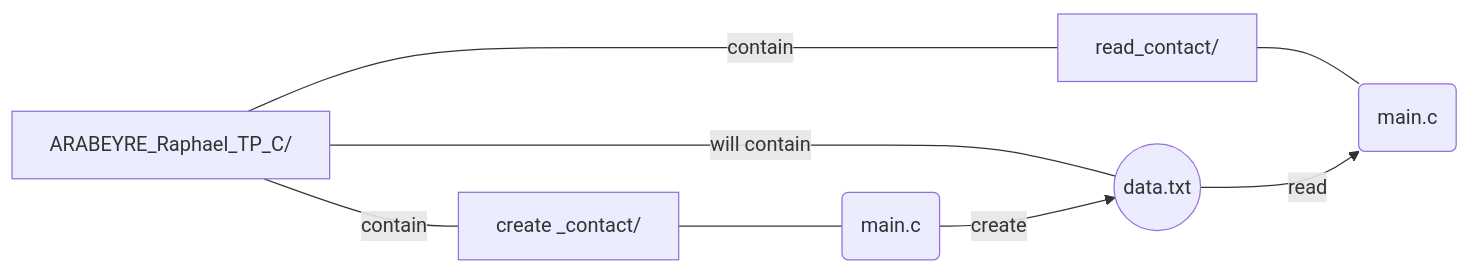
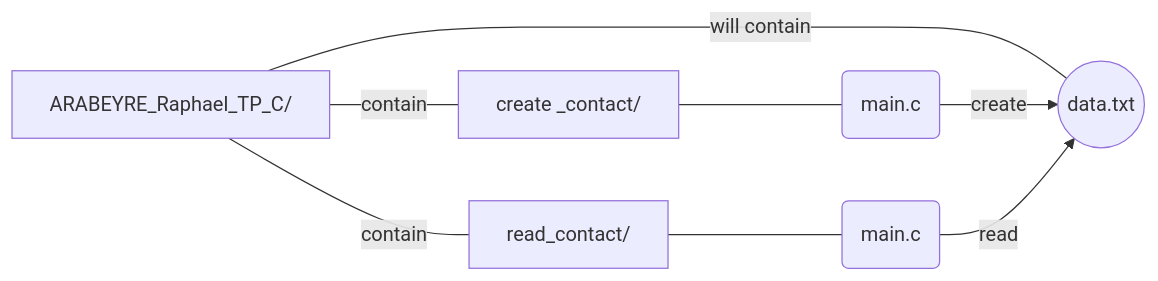
Before and after one commit to RaphaelArabeyre/TP_C_Contact: the diagram in README.md, drawn with Mermaid.

````diff
--- a/README.md
+++ b/README.md
@@ -18,14 +18,14 @@
 ```mermaid
 graph LR
 main[ARABEYRE_Raphael_TP_C/ ]
 main -- contain --- cc[create _contact/ ]
 main -- contain --- rc[read_contact/ ]
 main -- will contain  --- d
 
 
 cc --- mcc(main.c)
 rc --- mrc(main.c)
 
 mcc -- create --> d((data.txt))
-d -- read --> mrc 
+mrc -- read --> d
 ```
````
